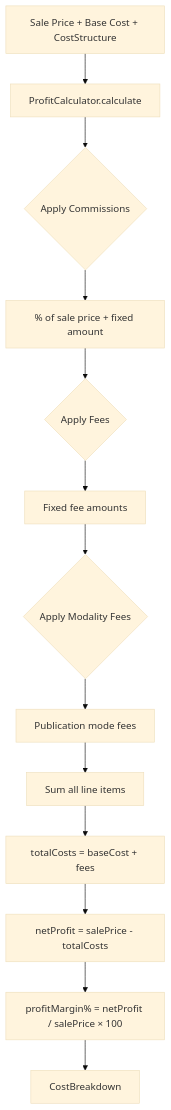
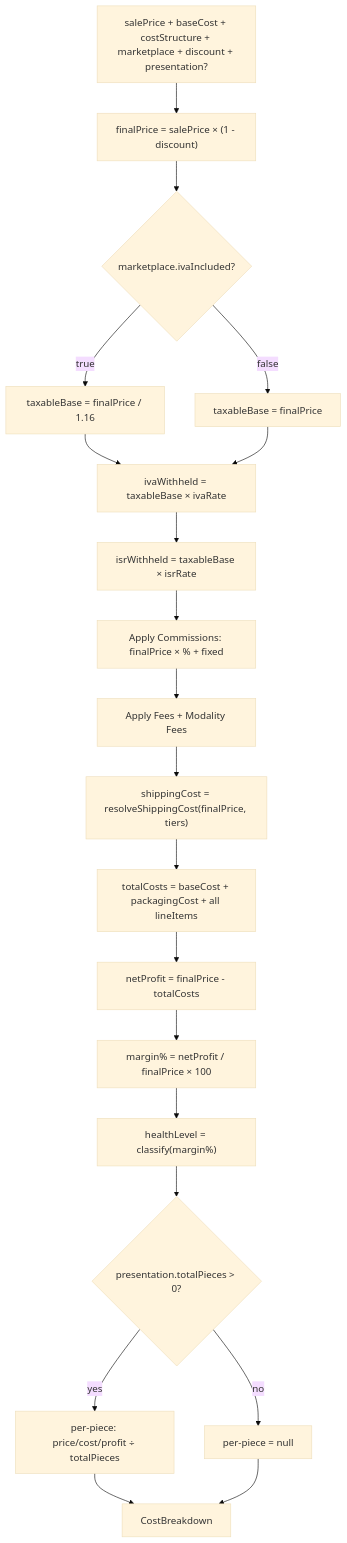
The fourth of 7 diagrams in blueprints/MarketPlazeLib(MODULE)/FLOWCHART.md (tfonrouge/marketPlazeLib), drawn with Mermaid (base theme) before and after one commit. The commit also changed other lines of this file and 28 other files, not shown here.

````diff
--- a/blueprints/MarketPlazeLib(MODULE)/FLOWCHART.md
+++ b/blueprints/MarketPlazeLib(MODULE)/FLOWCHART.md
@@ -27,15 +74,22 @@
 ```mermaid
 flowchart TD
-    A[Sale Price + Base Cost + CostStructure] --> B[ProfitCalculator.calculate]
-    B --> C{Apply Commissions}
-    C --> D[% of sale price + fixed amount]
-    D --> E{Apply Fees}
-    E --> F[Fixed fee amounts]
-    F --> G{Apply Modality Fees}
-    G --> H[Publication mode fees]
-    H --> I[Sum all line items]
-    I --> J[totalCosts = baseCost + fees]
-    J --> K[netProfit = salePrice - totalCosts]
-    K --> L[profitMargin% = netProfit / salePrice × 100]
-    L --> M[CostBreakdown]
+    A["salePrice + baseCost + costStructure + marketplace + discount + presentation?"] --> B["finalPrice = salePrice × (1 - discount)"]
+    B --> C{"marketplace.ivaIncluded?"}
+    C -->|true| D["taxableBase = finalPrice / 1.16"]
+    C -->|false| E["taxableBase = finalPrice"]
+    D --> F["ivaWithheld = taxableBase × ivaRate"]
+    E --> F
+    F --> G["isrWithheld = taxableBase × isrRate"]
+    G --> H[Apply Commissions: finalPrice × % + fixed]
+    H --> I[Apply Fees + Modality Fees]
+    I --> J["shippingCost = resolveShippingCost(finalPrice, tiers)"]
+    J --> K["totalCosts = baseCost + packagingCost + all lineItems"]
+    K --> L["netProfit = finalPrice - totalCosts"]
+    L --> M["margin% = netProfit / finalPrice × 100"]
+    M --> N["healthLevel = classify(margin%)"]
+    N --> O{"presentation.totalPieces > 0?"}
+    O -->|yes| P["per-piece: price/cost/profit ÷ totalPieces"]
+    O -->|no| Q[per-piece = null]
+    P --> R[CostBreakdown]
+    Q --> R
 ```
````
